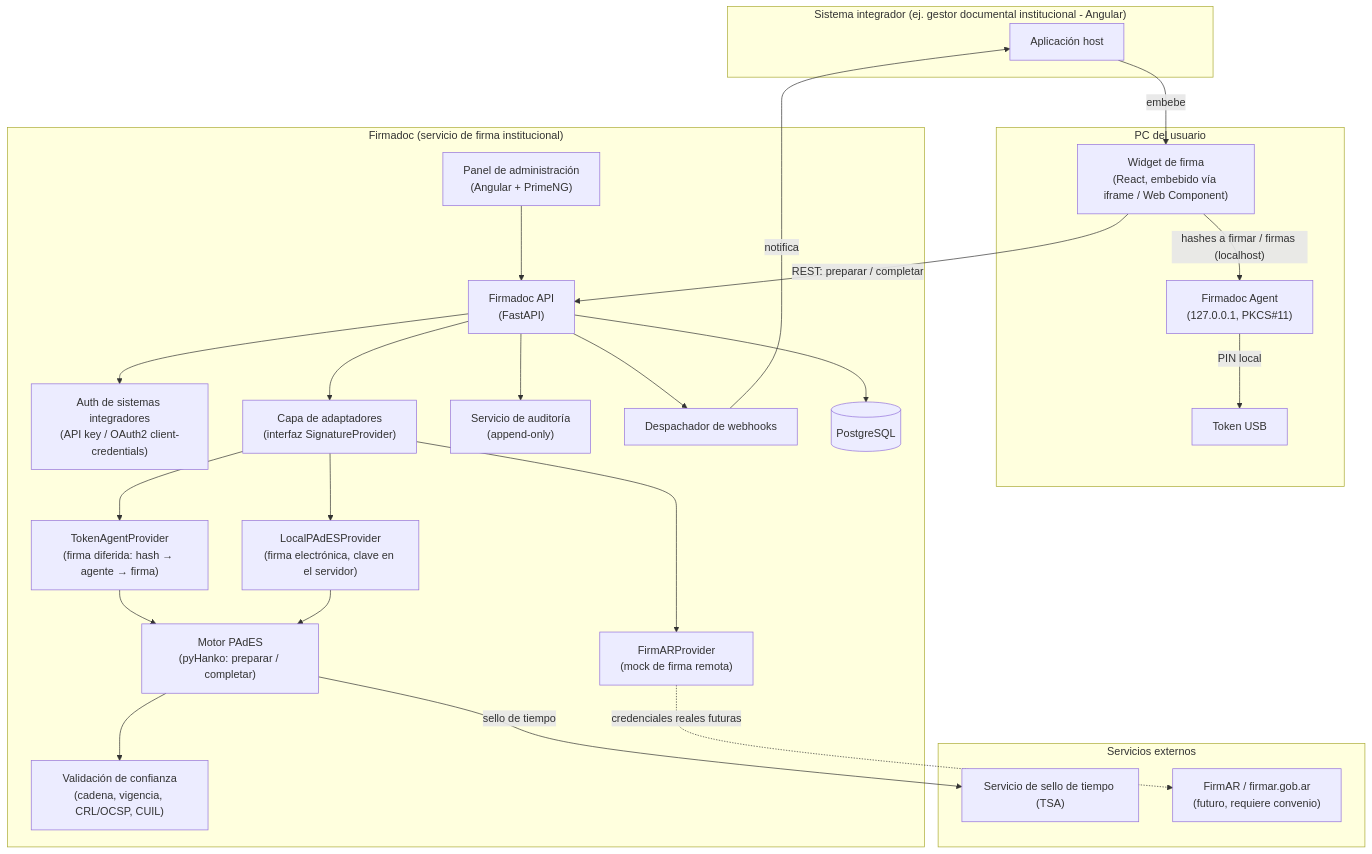
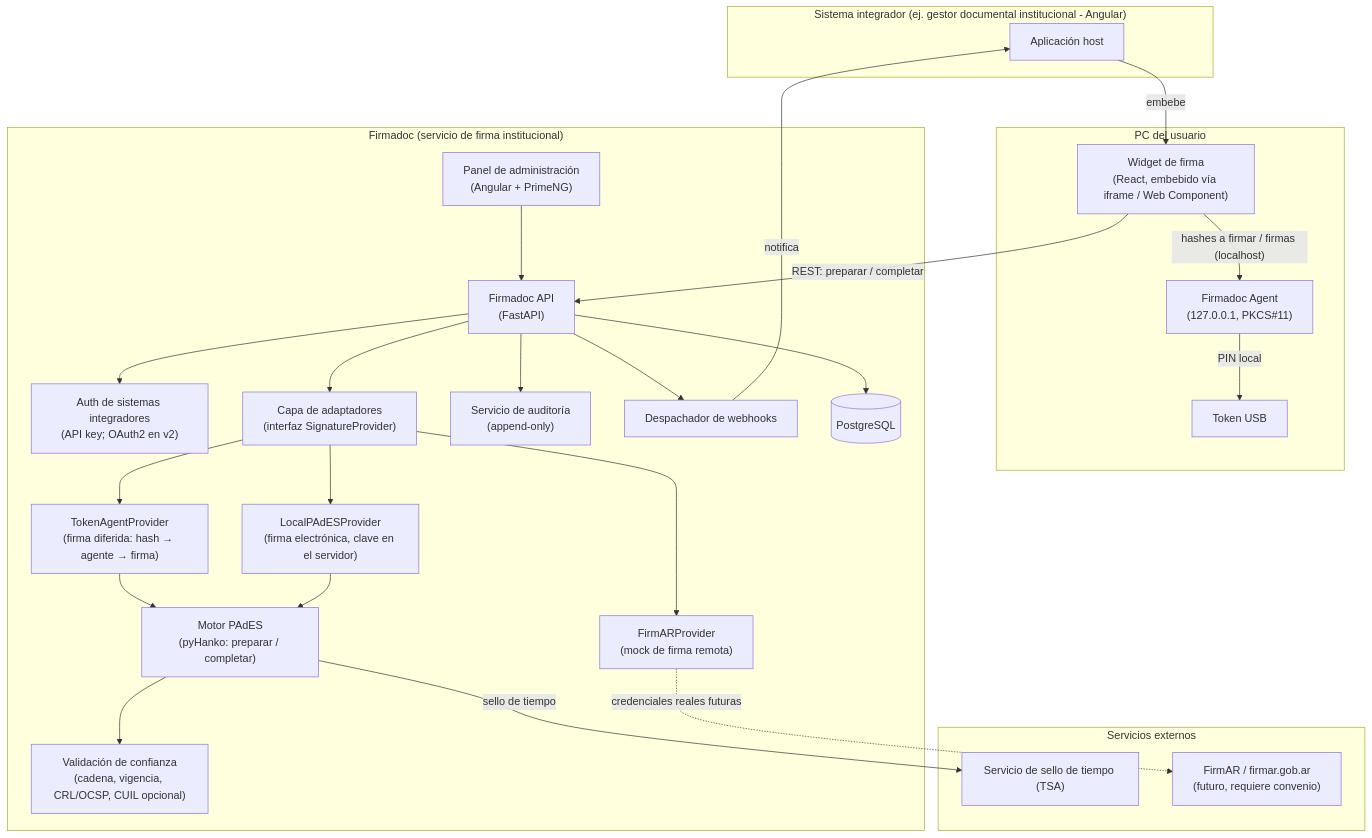
The first of 3 diagrams in readme.md (LIDR-academy-temp/AI4Devs-finalproject), drawn with Mermaid before and after one commit. The commit also changed other lines of this file and 3 other files, not shown here.

````diff
--- a/readme.md
+++ b/readme.md
@@ -111,52 +123,52 @@
 ```mermaid
 flowchart TB
     subgraph Cliente["Sistema integrador (ej. gestor documental institucional - Angular)"]
         HostApp["Aplicación host"]
     end
 
     subgraph PC["PC del usuario"]
         Widget["Widget de firma\n(React, embebido vía iframe / Web Component)"]
         Agent["Firmadoc Agent\n(127.0.0.1, PKCS#11)"]
         USB["Token USB"]
     end
 
     subgraph Firmadoc["Firmadoc (servicio de firma institucional)"]
         API["Firmadoc API\n(FastAPI)"]
-        Auth["Auth de sistemas integradores\n(API key / OAuth2 client-credentials)"]
+        Auth["Auth de sistemas integradores\n(API key; OAuth2 en v2)"]
         Providers["Capa de adaptadores\n(interfaz SignatureProvider)"]
         TokenP["TokenAgentProvider\n(firma diferida: hash → agente → firma)"]
         Local["LocalPAdESProvider\n(firma electrónica, clave en el servidor)"]
         FirmAR["FirmARProvider\n(mock de firma remota)"]
         Engine["Motor PAdES\n(pyHanko: preparar / completar)"]
-        Valid["Validación de confianza\n(cadena, vigencia, CRL/OCSP, CUIL)"]
+        Valid["Validación de confianza\n(cadena, vigencia, CRL/OCSP, CUIL opcional)"]
         Audit["Servicio de auditoría\n(append-only)"]
         Webhook["Despachador de webhooks"]
         Admin["Panel de administración\n(Angular + PrimeNG)"]
         DB[("PostgreSQL")]
     end
 
     subgraph Externos["Servicios externos"]
         TSA["Servicio de sello de tiempo (TSA)"]
         FirmARReal["FirmAR / firmar.gob.ar\n(futuro, requiere convenio)"]
     end
 
     HostApp -- "embebe" --> Widget
     Widget -- "REST: preparar / completar" --> API
     Widget -- "hashes a firmar / firmas (localhost)" --> Agent
     Agent -- "PIN local" --> USB
     API --> Auth
     API --> Providers
     Providers --> TokenP
     Providers --> Local
     Providers --> FirmAR
     TokenP --> Engine
     Local --> Engine
     Engine --> Valid
     Engine -- "sello de tiempo" --> TSA
     FirmAR -. "credenciales reales futuras" .-> FirmARReal
     API --> Audit
     API --> Webhook
     Webhook -- "notifica" --> HostApp
     API --> DB
     Admin --> API
 ```
````
